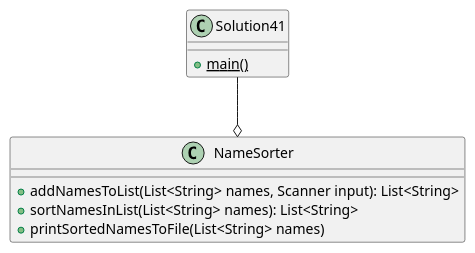
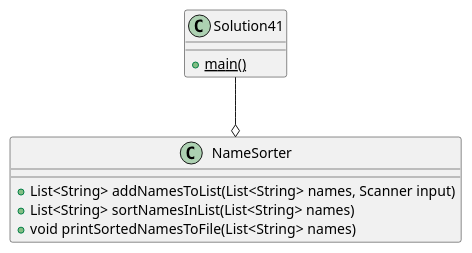
One commit to peteperri/perri-a04 changed the diagram in exercise41/docs/Solution41.puml. Above: the diagram before and after it, drawn with PlantUML. The commit also changed 23 other files, not shown here.

```diff
--- a/exercise41/docs/Solution41.puml
+++ b/exercise41/docs/Solution41.puml
@@ -1,14 +1,14 @@
 @startuml
 'https://plantuml.com/class-diagram
 
 class Solution41{
 +{static} main()
 }
 class NameSorter{
-+addNamesToList(List<String> names, Scanner input): List<String>
-+sortNamesInList(List<String> names): List<String>
-+printSortedNamesToFile(List<String> names)
++List<String> addNamesToList(List<String> names, Scanner input)
++List<String> sortNamesInList(List<String> names)
++void printSortedNamesToFile(List<String> names)
 }
 
 Solution41 --o NameSorter
 @enduml
```
